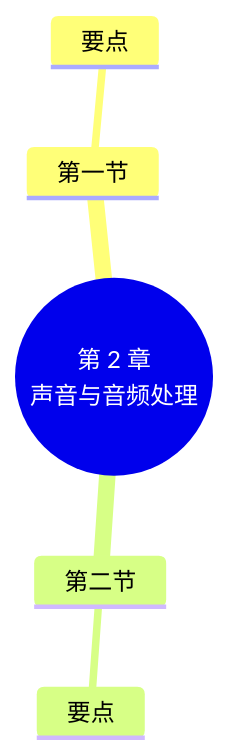
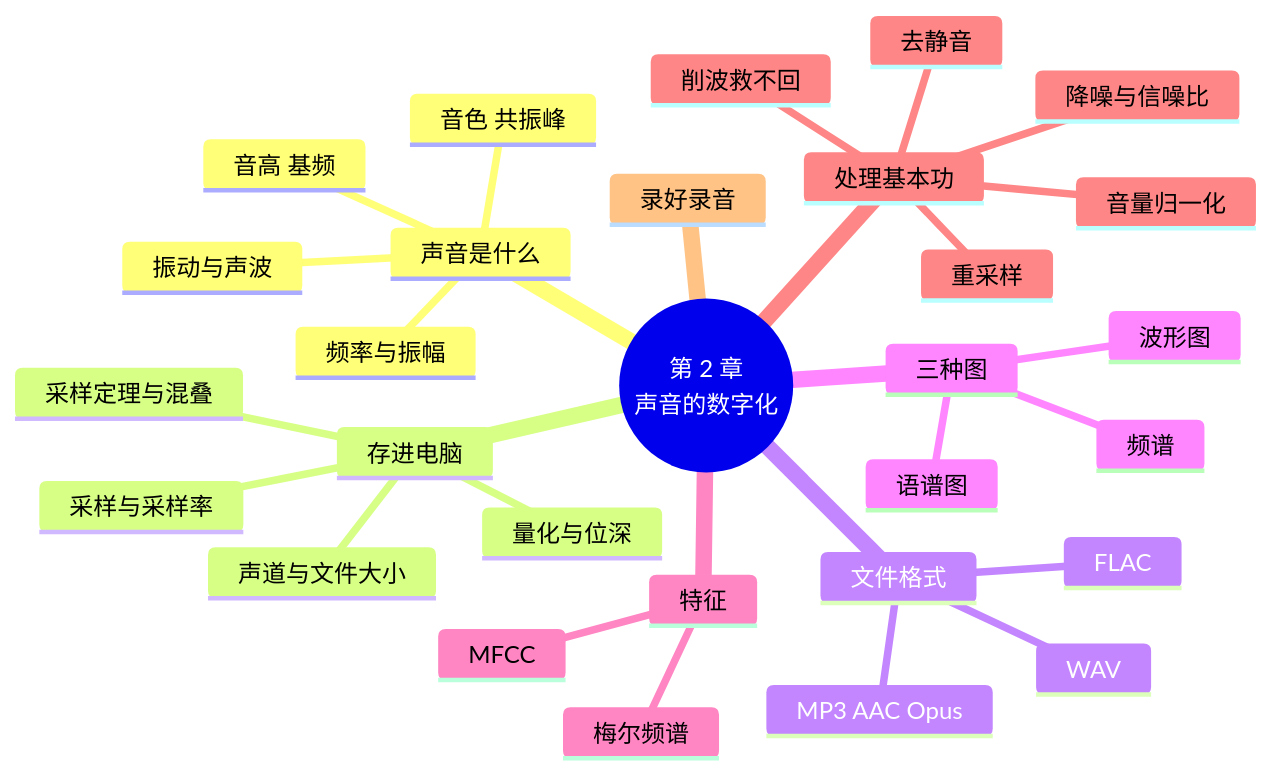
One commit to MingziFu9/speech-textbook changed the second of 2 diagrams in docs/chapters/02-audio/index.md. Above: the diagram before and after it, drawn with Mermaid. The commit also changed other lines of this file and 43 other files, not shown here.

````diff
--- a/docs/chapters/02-audio/index.md
+++ b/docs/chapters/02-audio/index.md
@@ -227,8 +846,32 @@
 ```mermaid
 mindmap
-  root((第 2 章<br/>声音与音频处理))
-    第一节
-      要点
-    第二节
-      要点
+  root((第 2 章<br/>声音的数字化))
+    声音是什么
+      振动与声波
+      频率与振幅
+      音高 基频
+      音色 共振峰
+    存进电脑
+      采样与采样率
+      采样定理与混叠
+      量化与位深
+      声道与文件大小
+    文件格式
+      WAV
+      FLAC
+      MP3 AAC Opus
+    三种图
+      波形图
+      频谱
+      语谱图
+    特征
+      梅尔频谱
+      MFCC
+    处理基本功
+      重采样
+      去静音
+      音量归一化
+      降噪与信噪比
+      削波救不回
+    录好录音
 ```
````
